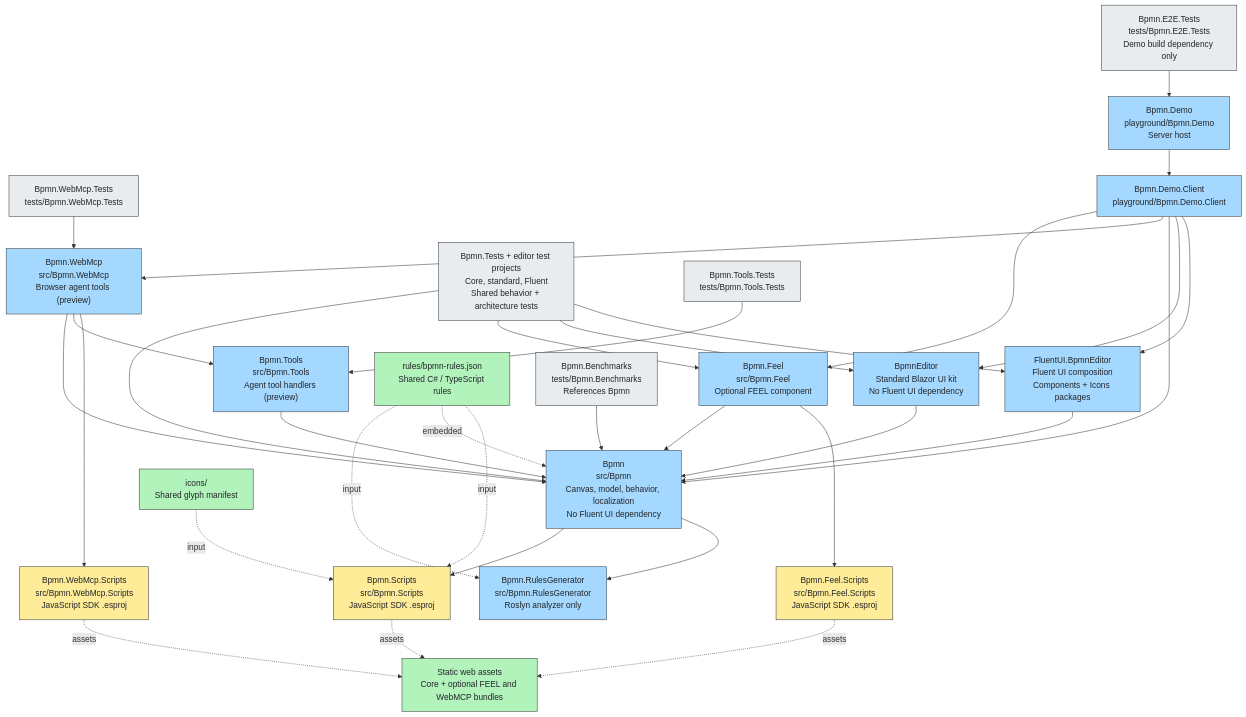
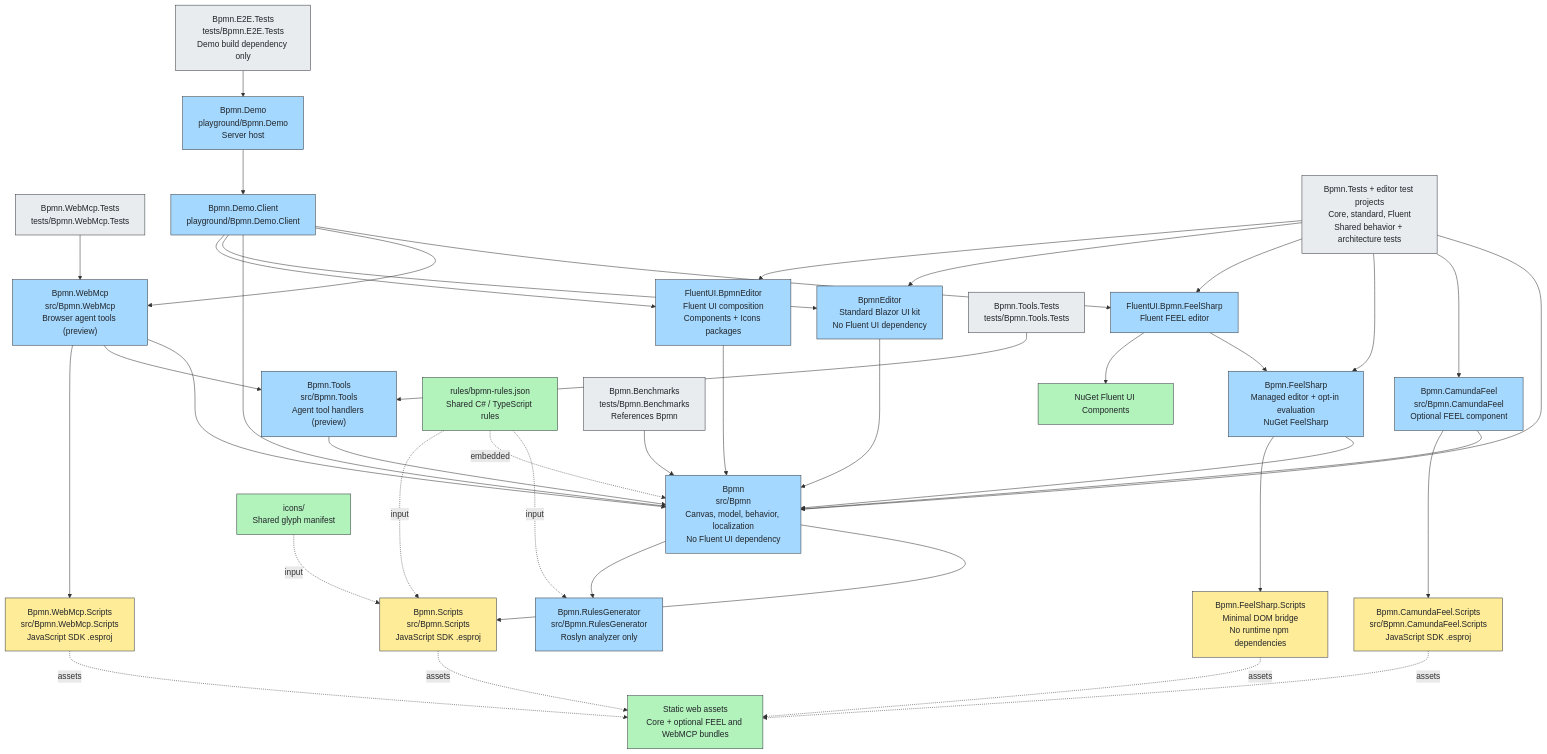
One commit to miguelhasse/BlazorBpmnEditor changed the diagram in assets/diagrams/project-dependencies.mmd. Above: the diagram before and after it, drawn with Mermaid. The commit also changed 89 other files, not shown here.

First line of the commit message:
Add FeelSharp and rename CamundaFeel package

```diff
--- a/assets/diagrams/project-dependencies.mmd
+++ b/assets/diagrams/project-dependencies.mmd
@@ -1,61 +1,72 @@
 %% Project dependencies
 %% Solid arrows: dependent → referenced project. Dashed arrows: shared input / produced assets.
 %% Bpmn references Scripts privately and RulesGenerator as Analyzer (ReferenceOutputAssembly=false).
 %% WebMcp references Bpmn + Tools + WebMcp.Scripts privately.
-%% Feel references Bpmn + Feel.Scripts privately. Icons manifest is embedded in Bpmn and imported by TypeScript.
+%% Optional FEEL editors reference Bpmn + their private script build projects.
 flowchart TB
-    feel["Bpmn.Feel<br/>src/Bpmn.Feel<br/>Optional FEEL component"]:::cs
+    feel["Bpmn.CamundaFeel<br/>src/Bpmn.CamundaFeel<br/>Optional FEEL component"]:::cs
+    feelsharp["Bpmn.FeelSharp<br/>Managed editor + opt-in evaluation<br/>NuGet FeelSharp"]:::cs
+    fluentfeelsharp["FluentUI.Bpmn.FeelSharp<br/>Fluent FEEL editor"]:::cs
+    fluentcomponents["NuGet Fluent UI Components"]:::data
+    feelsharpscripts["Bpmn.FeelSharp.Scripts<br/>Minimal DOM bridge<br/>No runtime npm dependencies"]:::js
     tools["Bpmn.Tools<br/>src/Bpmn.Tools<br/>Agent tool handlers (preview)"]:::cs
     webmcp["Bpmn.WebMcp<br/>src/Bpmn.WebMcp<br/>Browser agent tools (preview)"]:::cs
     wscripts["Bpmn.WebMcp.Scripts<br/>src/Bpmn.WebMcp.Scripts<br/>JavaScript SDK .esproj"]:::js
     webmcptests["Bpmn.WebMcp.Tests<br/>tests/Bpmn.WebMcp.Tests"]:::test
     core["Bpmn<br/>src/Bpmn<br/>Canvas, model, behavior, localization<br/>No Fluent UI dependency"]:::cs
     standard["BpmnEditor<br/>Standard Blazor UI kit<br/>No Fluent UI dependency"]:::cs
     fluent["FluentUI.BpmnEditor<br/>Fluent UI composition<br/>Components + Icons packages"]:::cs
     scripts["Bpmn.Scripts<br/>src/Bpmn.Scripts<br/>JavaScript SDK .esproj"]:::js
     assets["Static web assets<br/>Core + optional FEEL and WebMCP bundles"]:::data
-    fscripts["Bpmn.Feel.Scripts<br/>src/Bpmn.Feel.Scripts<br/>JavaScript SDK .esproj"]:::js
+    fscripts["Bpmn.CamundaFeel.Scripts<br/>src/Bpmn.CamundaFeel.Scripts<br/>JavaScript SDK .esproj"]:::js
     generator["Bpmn.RulesGenerator<br/>src/Bpmn.RulesGenerator<br/>Roslyn analyzer only"]:::cs
     rules["rules/bpmn-rules.json<br/>Shared C# / TypeScript rules"]:::data
     icons["icons/<br/>Shared glyph manifest"]:::data
     client["Bpmn.Demo.Client<br/>playground/Bpmn.Demo.Client"]:::cs
     demo["Bpmn.Demo<br/>playground/Bpmn.Demo<br/>Server host"]:::cs
     tests["Bpmn.Tests + editor test projects<br/>Core, standard, Fluent<br/>Shared behavior + architecture tests"]:::test
     bench["Bpmn.Benchmarks<br/>tests/Bpmn.Benchmarks<br/>References Bpmn"]:::test
     e2e["Bpmn.E2E.Tests<br/>tests/Bpmn.E2E.Tests<br/>Demo build dependency only"]:::test
     toolstests["Bpmn.Tools.Tests<br/>tests/Bpmn.Tools.Tests"]:::test
     feel --> core
     tools --> core
     toolstests --> tools
     webmcp --> core
     webmcp --> tools
     webmcp --> wscripts
     webmcptests --> webmcp
     wscripts -.->|"assets"| assets
     standard --> core
     fluent --> core
     core --> scripts
     feel --> fscripts
     scripts -.->|"assets"| assets
     fscripts -.->|"assets"| assets
     core --> generator
     rules -.->|"input"| generator
     rules -.->|"embedded"| core
     rules -.->|"input"| scripts
     icons -.->|"input"| scripts
-    client --> feel
+    feelsharp --> core
+    feelsharp --> feelsharpscripts
+    feelsharpscripts -.->|"assets"| assets
+    fluentfeelsharp --> feelsharp
+    fluentfeelsharp --> fluentcomponents
+    client --> fluentfeelsharp
     client --> webmcp
     client --> core
     client --> standard
     client --> fluent
     demo --> client
     tests --> core
     tests --> feel
+    tests --> feelsharp
+    tests --> fluentfeelsharp
     tests --> standard
     tests --> fluent
     bench --> core
     e2e --> demo
     classDef cs fill:#a5d8ff,stroke:#343a40,color:#212529
     classDef js fill:#ffec99,stroke:#343a40,color:#212529
     classDef data fill:#b2f2bb,stroke:#343a40,color:#212529
     classDef test fill:#e9ecef,stroke:#343a40,color:#212529
```
